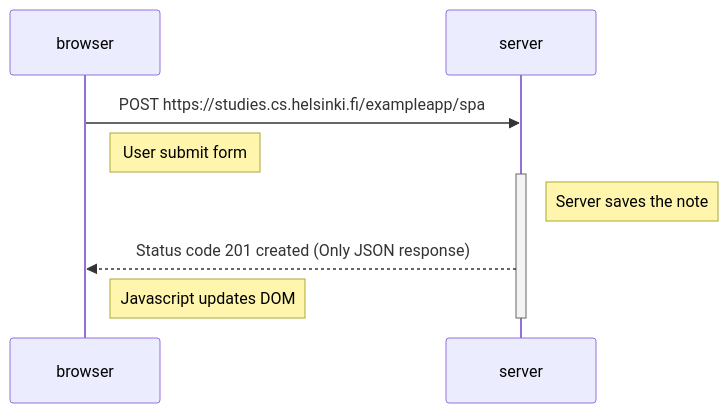
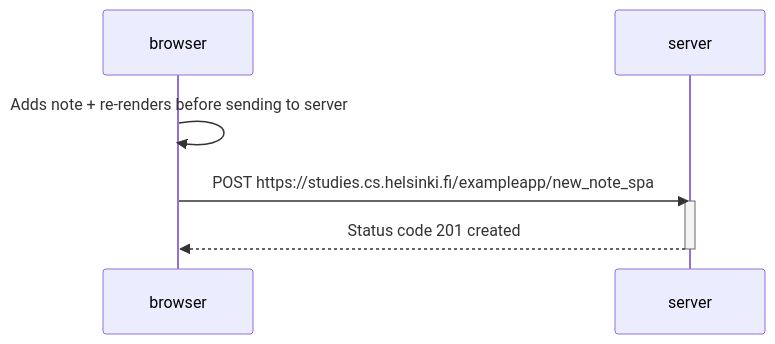
One commit to ivanpo1/fullstackopen changed the diagram in part0/06-newNoteSPA.md. Above: the diagram before and after it, drawn with Mermaid.

````diff
--- a/part0/06-newNoteSPA.md
+++ b/part0/06-newNoteSPA.md
@@ -1,15 +1,13 @@
 ```mermaid
 sequenceDiagram
     participant browser
     participant server
 
+    browser->>browser: Adds note + re-renders before sending to server
+    browser->>server: POST https://studies.cs.helsinki.fi/exampleapp/new_note_spa
     
-    browser->>server: POST https://studies.cs.helsinki.fi/exampleapp/spa
-    Note right of browser: User submit form
     activate server
-    Note right of server: Server saves the note
-    server-->>browser: Status code 201 created (Only JSON response)
-    Note right of browser: Javascript updates DOM
+    server-->>browser: Status code 201 created
     
     deactivate server
 ```
````
